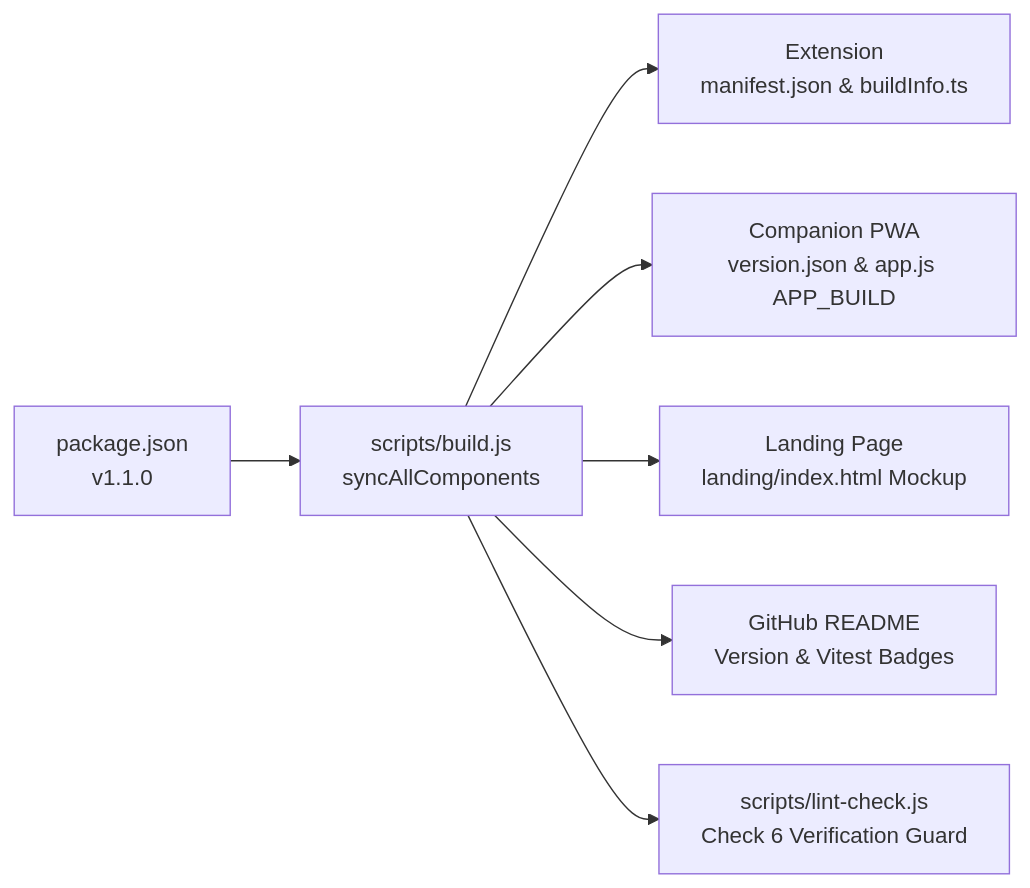
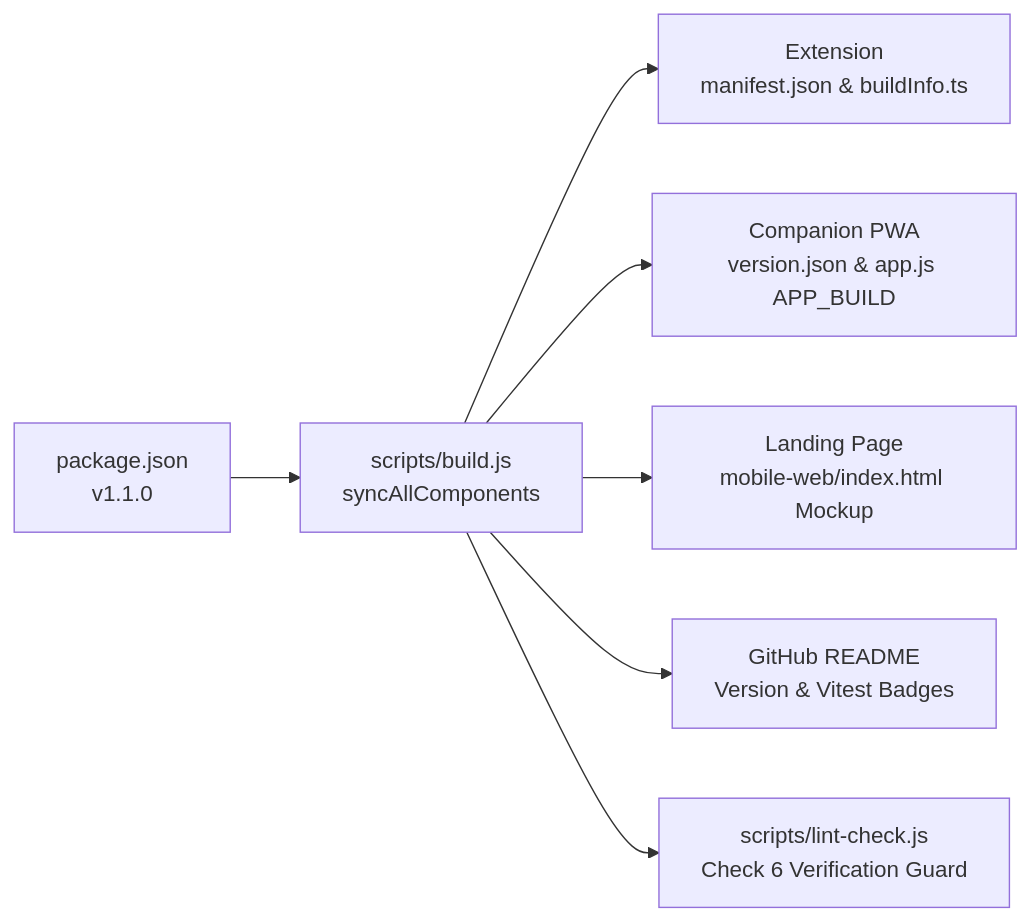
One commit to yvs1n/blackboarder changed the fourth of 4 diagrams in PROJECT_BRAIN.md. Above: the diagram before and after it, drawn with Mermaid. The commit also changed other lines of this file and 57 other files, not shown here.

````diff
--- a/PROJECT_BRAIN.md
+++ b/PROJECT_BRAIN.md
@@ -263,9 +265,9 @@
 ```mermaid
 graph LR
     Pkg[package.json<br/>v1.1.0] --> Script[scripts/build.js<br/>syncAllComponents]
     Script --> Ext[Extension<br/>manifest.json & buildInfo.ts]
     Script --> PWA[Companion PWA<br/>version.json & app.js APP_BUILD]
-    Script --> Landing[Landing Page<br/>landing/index.html Mockup]
+    Script --> Landing[Landing Page<br/>mobile-web/index.html Mockup]
     Script --> Readme[GitHub README<br/>Version & Vitest Badges]
     Script --> Lint[scripts/lint-check.js<br/>Check 6 Verification Guard]
 ```
````
